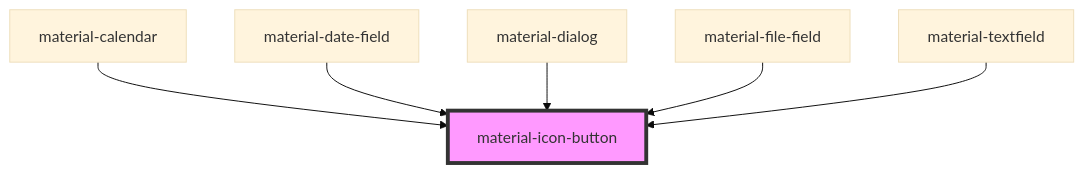
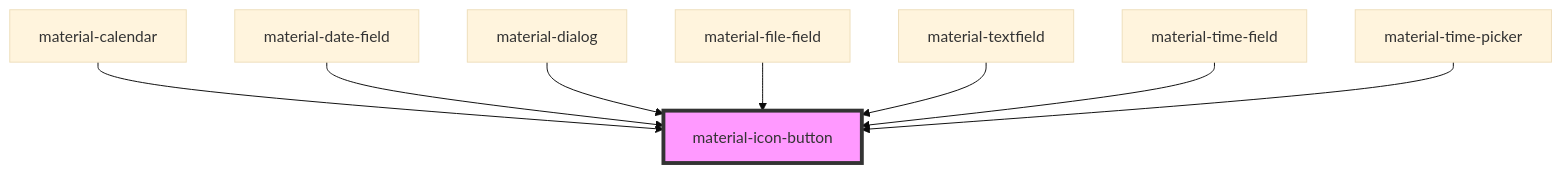
One commit to RobustaRush/material changed the diagram in src/components/material-icon-button/readme.md. Above: the diagram before and after it, drawn with Mermaid (base theme). The commit also changed other lines of this file and 14 other files, not shown here.

First line of the commit message:
feat: material-time-picker + material-time-field

````diff
--- a/src/components/material-icon-button/readme.md
+++ b/src/components/material-icon-button/readme.md
@@ -47,9 +49,11 @@
 ```mermaid
 graph TD;
   material-calendar --> material-icon-button
   material-date-field --> material-icon-button
   material-dialog --> material-icon-button
   material-file-field --> material-icon-button
   material-textfield --> material-icon-button
+  material-time-field --> material-icon-button
+  material-time-picker --> material-icon-button
   style material-icon-button fill:#f9f,stroke:#333,stroke-width:4px
 ```
````
